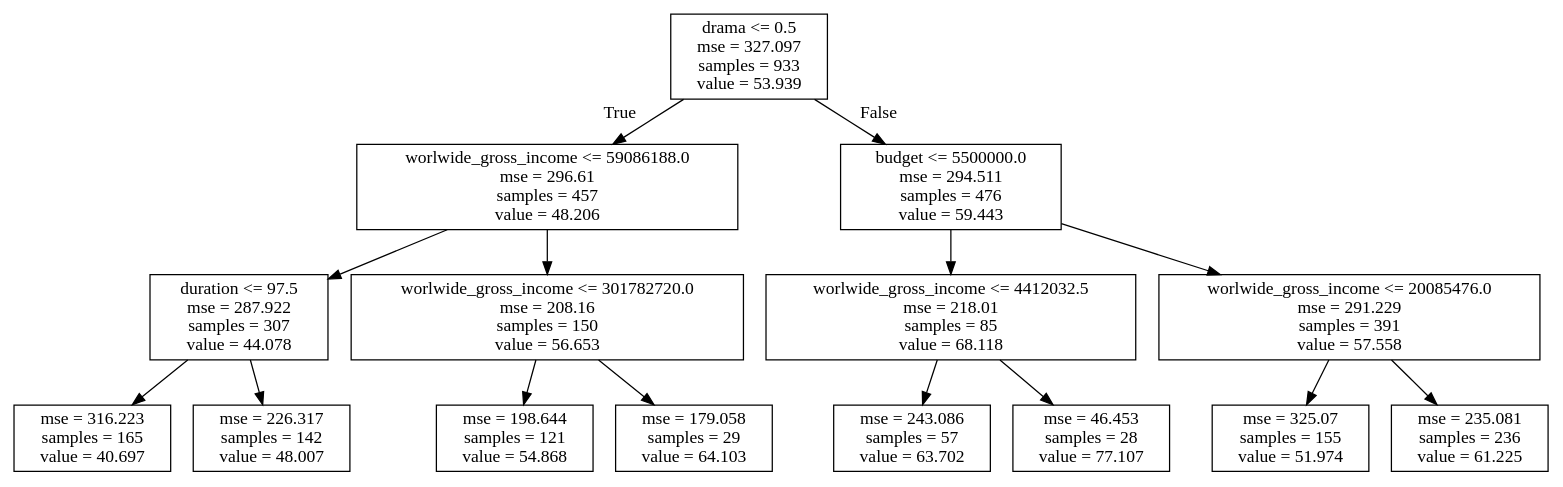
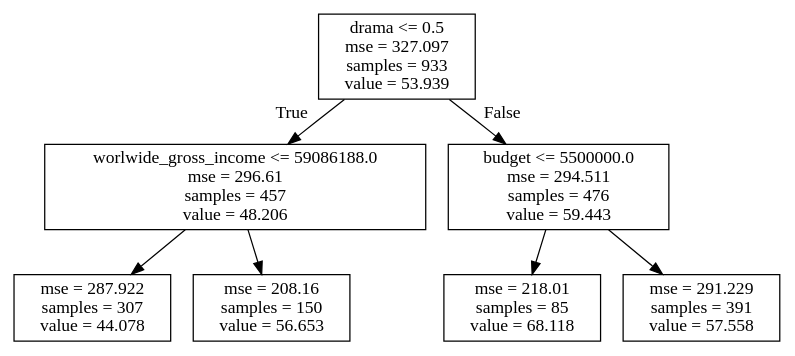
One commit to gabrielonishi/film-metascore-prediction changed the diagram in dtregression.dot. Above: the diagram before and after it, drawn with Graphviz. The commit also changed 2 other files, not shown here.

```diff
--- a/dtregression.dot
+++ b/dtregression.dot
@@ -1,32 +1,16 @@
 digraph Tree {
 node [shape=box] ;
 0 [label="drama <= 0.5\nmse = 327.097\nsamples = 933\nvalue = 53.939"] ;
 1 [label="worlwide_gross_income <= 59086188.0\nmse = 296.61\nsamples = 457\nvalue = 48.206"] ;
 0 -> 1 [labeldistance=2.5, labelangle=45, headlabel="True"] ;
-2 [label="duration <= 97.5\nmse = 287.922\nsamples = 307\nvalue = 44.078"] ;
+2 [label="mse = 287.922\nsamples = 307\nvalue = 44.078"] ;
 1 -> 2 ;
-3 [label="mse = 316.223\nsamples = 165\nvalue = 40.697"] ;
-2 -> 3 ;
-4 [label="mse = 226.317\nsamples = 142\nvalue = 48.007"] ;
-2 -> 4 ;
-5 [label="worlwide_gross_income <= 301782720.0\nmse = 208.16\nsamples = 150\nvalue = 56.653"] ;
-1 -> 5 ;
-6 [label="mse = 198.644\nsamples = 121\nvalue = 54.868"] ;
-5 -> 6 ;
-7 [label="mse = 179.058\nsamples = 29\nvalue = 64.103"] ;
-5 -> 7 ;
-8 [label="budget <= 5500000.0\nmse = 294.511\nsamples = 476\nvalue = 59.443"] ;
-0 -> 8 [labeldistance=2.5, labelangle=-45, headlabel="False"] ;
-9 [label="worlwide_gross_income <= 4412032.5\nmse = 218.01\nsamples = 85\nvalue = 68.118"] ;
-8 -> 9 ;
-10 [label="mse = 243.086\nsamples = 57\nvalue = 63.702"] ;
-9 -> 10 ;
-11 [label="mse = 46.453\nsamples = 28\nvalue = 77.107"] ;
-9 -> 11 ;
-12 [label="worlwide_gross_income <= 20085476.0\nmse = 291.229\nsamples = 391\nvalue = 57.558"] ;
-8 -> 12 ;
-13 [label="mse = 325.07\nsamples = 155\nvalue = 51.974"] ;
-12 -> 13 ;
-14 [label="mse = 235.081\nsamples = 236\nvalue = 61.225"] ;
-12 -> 14 ;
+3 [label="mse = 208.16\nsamples = 150\nvalue = 56.653"] ;
+1 -> 3 ;
+4 [label="budget <= 5500000.0\nmse = 294.511\nsamples = 476\nvalue = 59.443"] ;
+0 -> 4 [labeldistance=2.5, labelangle=-45, headlabel="False"] ;
+5 [label="mse = 218.01\nsamples = 85\nvalue = 68.118"] ;
+4 -> 5 ;
+6 [label="mse = 291.229\nsamples = 391\nvalue = 57.558"] ;
+4 -> 6 ;
 }
```
